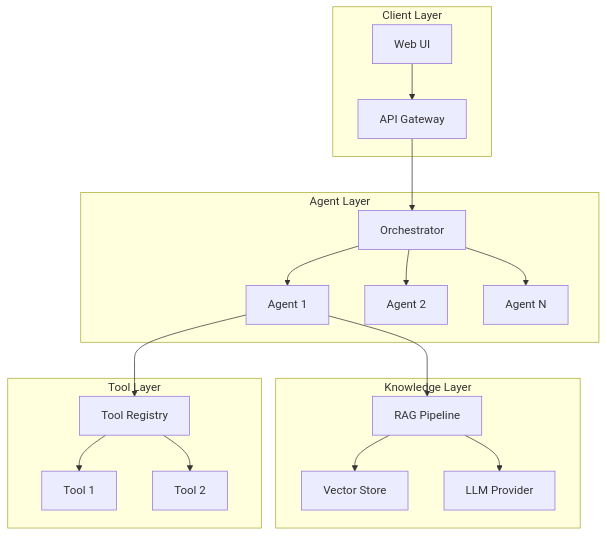
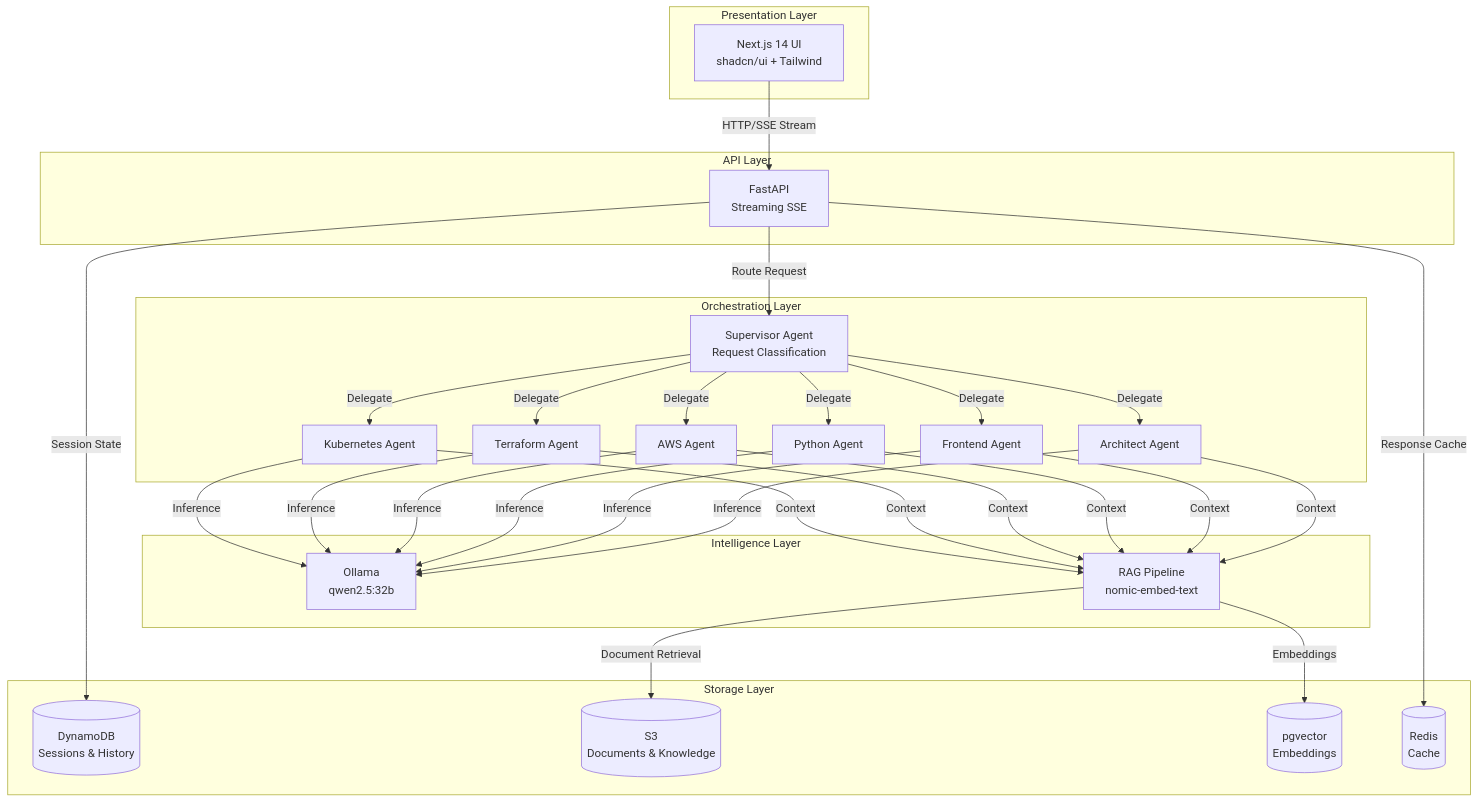
Before and after one commit to JiwooL0920/jiwool0920.github.io: the first of 7 diagrams in docs/projects/agentic-ai/architecture.md, drawn with Mermaid. The commit also changed other lines of this file and 10 other files, not shown here.

````diff
--- a/docs/projects/agentic-ai/architecture.md
+++ b/docs/projects/agentic-ai/architecture.md
@@ -5,25 +7,42 @@
 ```mermaid
-graph TB
-    subgraph "Client Layer"
-        UI[Web UI] --> API[API Gateway]
+flowchart TB
+    subgraph "Presentation Layer"
+        UI[Next.js 14 UI<br/>shadcn/ui + Tailwind]
     end
-    
-    subgraph "Agent Layer"
-        API --> ORCH[Orchestrator]
-        ORCH --> AGENT1[Agent 1]
-        ORCH --> AGENT2[Agent 2]
-        ORCH --> AGENT3[Agent N]
+
+    subgraph "API Layer"
+        API[FastAPI<br/>Streaming SSE]
     end
-    
-    subgraph "Knowledge Layer"
-        AGENT1 --> RAG[RAG Pipeline]
-        RAG --> VS[Vector Store]
-        RAG --> LLM[LLM Provider]
+
+    subgraph "Orchestration Layer"
+        SUP[Supervisor Agent<br/>Request Classification]
+        K8S[Kubernetes Agent]
+        TF[Terraform Agent]
+        AWS[AWS Agent]
+        PY[Python Agent]
+        FE[Frontend Agent]
+        ARCH[Architect Agent]
     end
-    
-    subgraph "Tool Layer"
-        AGENT1 --> TOOLS[Tool Registry]
-        TOOLS --> T1[Tool 1]
-        TOOLS --> T2[Tool 2]
+
+    subgraph "Intelligence Layer"
+        OLLAMA[Ollama<br/>qwen2.5:32b]
+        RAG[RAG Pipeline<br/>nomic-embed-text]
     end
+
+    subgraph "Storage Layer"
+        DDB[(DynamoDB<br/>Sessions & History)]
+        S3[(S3<br/>Documents & Knowledge)]
+        PGV[(pgvector<br/>Embeddings)]
+        REDIS[(Redis<br/>Cache)]
+    end
+
+    UI -->|HTTP/SSE Stream| API
+    API -->|Route Request| SUP
+    SUP -->|Delegate| K8S & TF & AWS & PY & FE & ARCH
+    K8S & TF & AWS & PY & FE & ARCH -->|Inference| OLLAMA
+    K8S & TF & AWS & PY & FE & ARCH -->|Context| RAG
+    RAG -->|Embeddings| PGV
+    API -->|Session State| DDB
+    RAG -->|Document Retrieval| S3
+    API -->|Response Cache| REDIS
 ```
````
